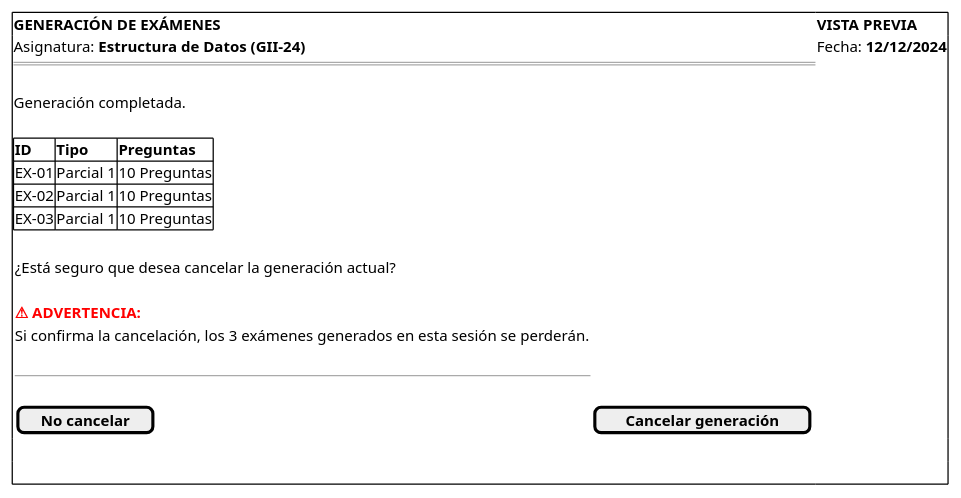
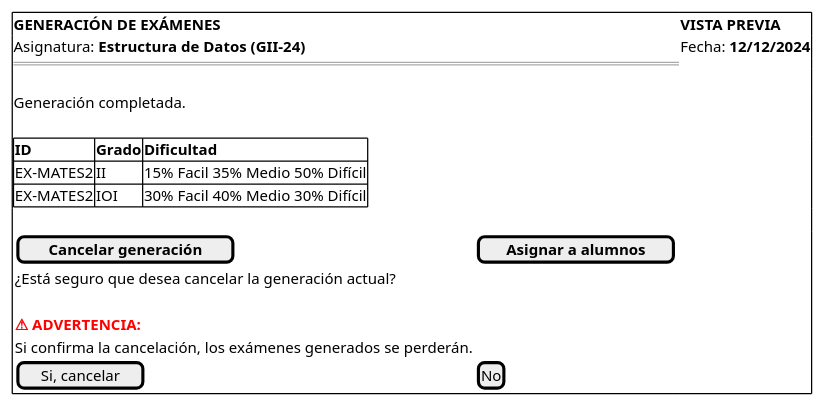
One commit to martinlopez7/25-26-IdSw1-SdR changed the diagram in documents/casos-de-uso/prototipadoCasosDeUso/cancelarGeneracion/cancelarGeneracion.puml. Above: the diagram before and after it, drawn with PlantUML. The commit also changed 11 other files, not shown here.

Commit message:
feat(cu): implementa separación de exámenes por grados en la generación y asignación.

```diff
--- a/documents/casos-de-uso/prototipadoCasosDeUso/cancelarGeneracion/cancelarGeneracion.puml
+++ b/documents/casos-de-uso/prototipadoCasosDeUso/cancelarGeneracion/cancelarGeneracion.puml
@@ -1,29 +1,28 @@
 @startsalt cancelarGeneracion_WIREFRAME
 {+
     <b>GENERACIÓN DE EXÁMENES | <b>VISTA PREVIA</b>
     Asignatura: <b>Estructura de Datos (GII-24)</b> | Fecha: <b>12/12/2024</b>
     ===
     .
     Generación completada. 
     .
     {#
-        <b>ID</b> | <b>Tipo</b> | <b>Preguntas</b>
-        EX-01 | Parcial 1 | 10 Preguntas
-        EX-02 | Parcial 1 | 10 Preguntas
-        EX-03 | Parcial 1 | 10 Preguntas
+        <b>ID</b> | <b>Grado</b> | <b>Dificultad</b>
+        EX-MATES2 | II | 15% Facil 35% Medio 50% Difícil
+        EX-MATES2 | IOI | 30% Facil 40% Medio 30% Difícil
     }
     .
     {
+    
+        [ <b>Cancelar generación</b> ] | [ <b>Asignar a alumnos</b> ]
+        
         ¿Está seguro que desea cancelar la generación actual?
         .
         <color:red><b>⚠ ADVERTENCIA:</b></color>
-        Si confirma la cancelación, los 3 exámenes generados en esta sesión se perderán.
-        .
-        ---
-        .
-        [ <b>No cancelar</b> ] | [ <b>Cancelar generación</b> ]
+        Si confirma la cancelación, los exámenes generados se perderán.
+        
+        [Si, cancelar] | [No]
+        
     }
-    .
-    .
 }
 @endsalt
```
